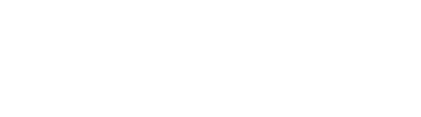
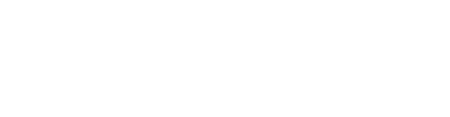
The diagram in presentations/fc17-3-4-2017/figures/AliceBobTIR.dot (decrypto-org/TrustIsRisk), drawn with Graphviz before and after one commit. The commit also changed 11 other files, not shown here.

```diff
--- a/presentations/fc17-3-4-2017/figures/AliceBobTIR.dot
+++ b/presentations/fc17-3-4-2017/figures/AliceBobTIR.dot
@@ -1,7 +1,7 @@
 digraph G {
   graph [bgcolor=transparent]
   rankdir=LR
-  Alice -> Bob [label="5฿",color=white,fontname="ubuntu",fontcolor=white]
+  Alice -> Bob [label="5m฿",color=white,fontname="ubuntu",fontcolor=white]
   Alice [color=white,fontcolor=white,fontname="ubuntu"]
   Bob [color=white,fontcolor=white,fontname="ubuntu"]
 }
```
